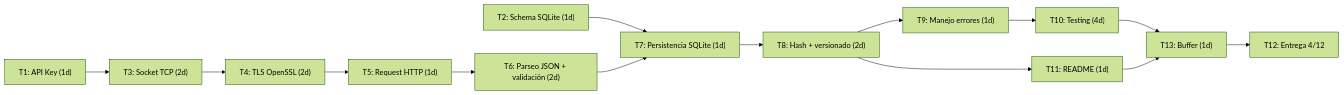
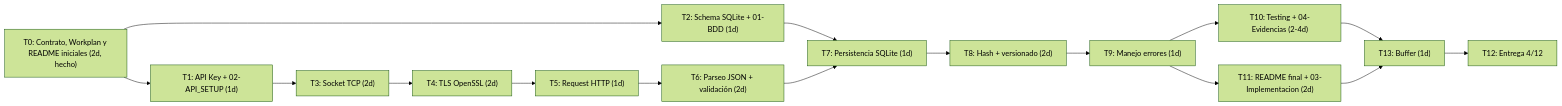
One commit to ponce-juan/Google_Sheets_API_Client changed the diagram in Workplan.md. Above: the diagram before and after it, drawn with Mermaid (forest theme). The commit also changed other lines of this file, not shown here.

Commit message:
Actualizacion de workplan

````diff
--- a/Workplan.md
+++ b/Workplan.md
@@ -31,16 +32,18 @@
 ```mermaid
 graph LR
-    T1["T1: API Key (1d)"] --> T3
-    T2["T2: Schema SQLite (1d)"] --> T7
+    T0["T0: Contrato, Workplan y README iniciales (2d, hecho)"] --> T1
+    T0 --> T2
+    T1["T1: API Key + 02-API_SETUP (1d)"] --> T3
+    T2["T2: Schema SQLite + 01-BDD (1d)"] --> T7
     T3["T3: Socket TCP (2d)"] --> T4["T4: TLS OpenSSL (2d)"]
     T4 --> T5["T5: Request HTTP (1d)"]
     T5 --> T6["T6: Parseo JSON + validación (2d)"]
     T6 --> T7["T7: Persistencia SQLite (1d)"]
     T7 --> T8["T8: Hash + versionado (2d)"]
     T8 --> T9["T9: Manejo errores (1d)"]
-    T8 --> T11["T11: README (1d)"]
-    T9 --> T10["T10: Testing (4d)"]
+    T9 --> T10["T10: Testing + 04-Evidencias (2-4d)"]
+    T9 --> T11["T11: README final + 03-Implementacion (2d)"]
     T10 --> T13["T13: Buffer (1d)"]
     T11 --> T13
     T13 --> T12["T12: Entrega 4/12"]
 ```
````
